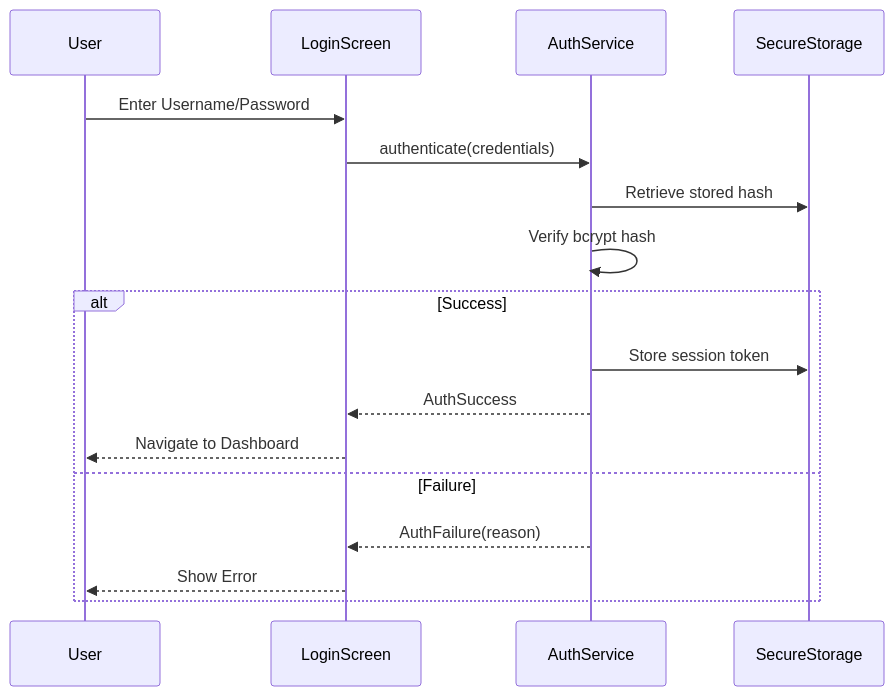
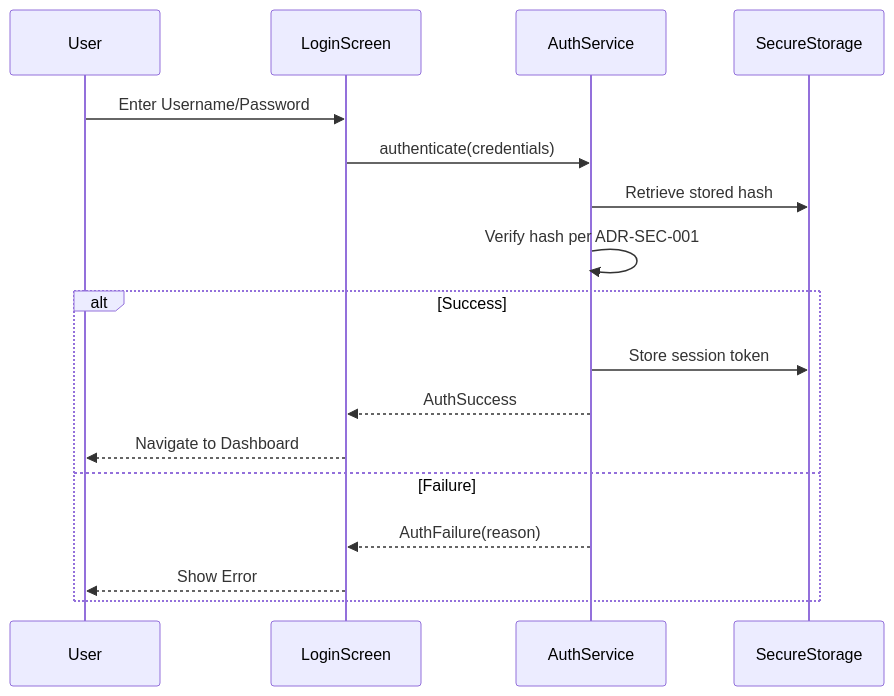
The diagram in .kiro/specs/active/basir_master_specification/05_SECURITY_GOVERNANCE.md (mohammed-murad-alqabal/Basir_accounting), drawn with Mermaid before and after one commit. The commit also changed other lines of this file and 9 other files, not shown here.

Commit message:
security(auth): unify password hashing with bcrypt

````diff
--- a/.kiro/specs/active/basir_master_specification/05_SECURITY_GOVERNANCE.md
+++ b/.kiro/specs/active/basir_master_specification/05_SECURITY_GOVERNANCE.md
@@ -15,20 +15,20 @@
 ```mermaid
 sequenceDiagram
     participant User
     participant LoginScreen
     participant AuthService
     participant SecureStorage
 
     User->>LoginScreen: Enter Username/Password
     LoginScreen->>AuthService: authenticate(credentials)
     AuthService->>SecureStorage: Retrieve stored hash
-    AuthService->>AuthService: Verify bcrypt hash
+    AuthService->>AuthService: Verify hash per ADR-SEC-001
     alt Success
         AuthService->>SecureStorage: Store session token
         AuthService-->>LoginScreen: AuthSuccess
         LoginScreen-->>User: Navigate to Dashboard
     else Failure
         AuthService-->>LoginScreen: AuthFailure(reason)
         LoginScreen-->>User: Show Error
     end
 ```
````
